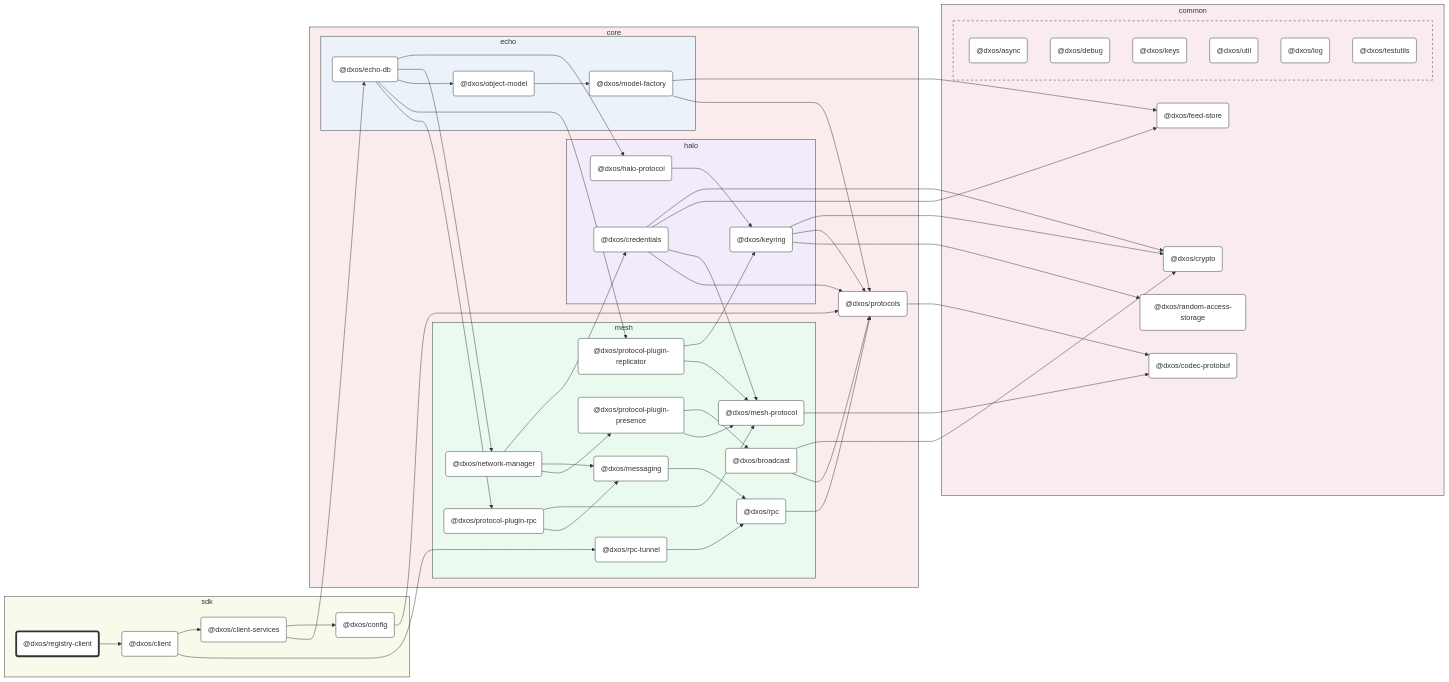
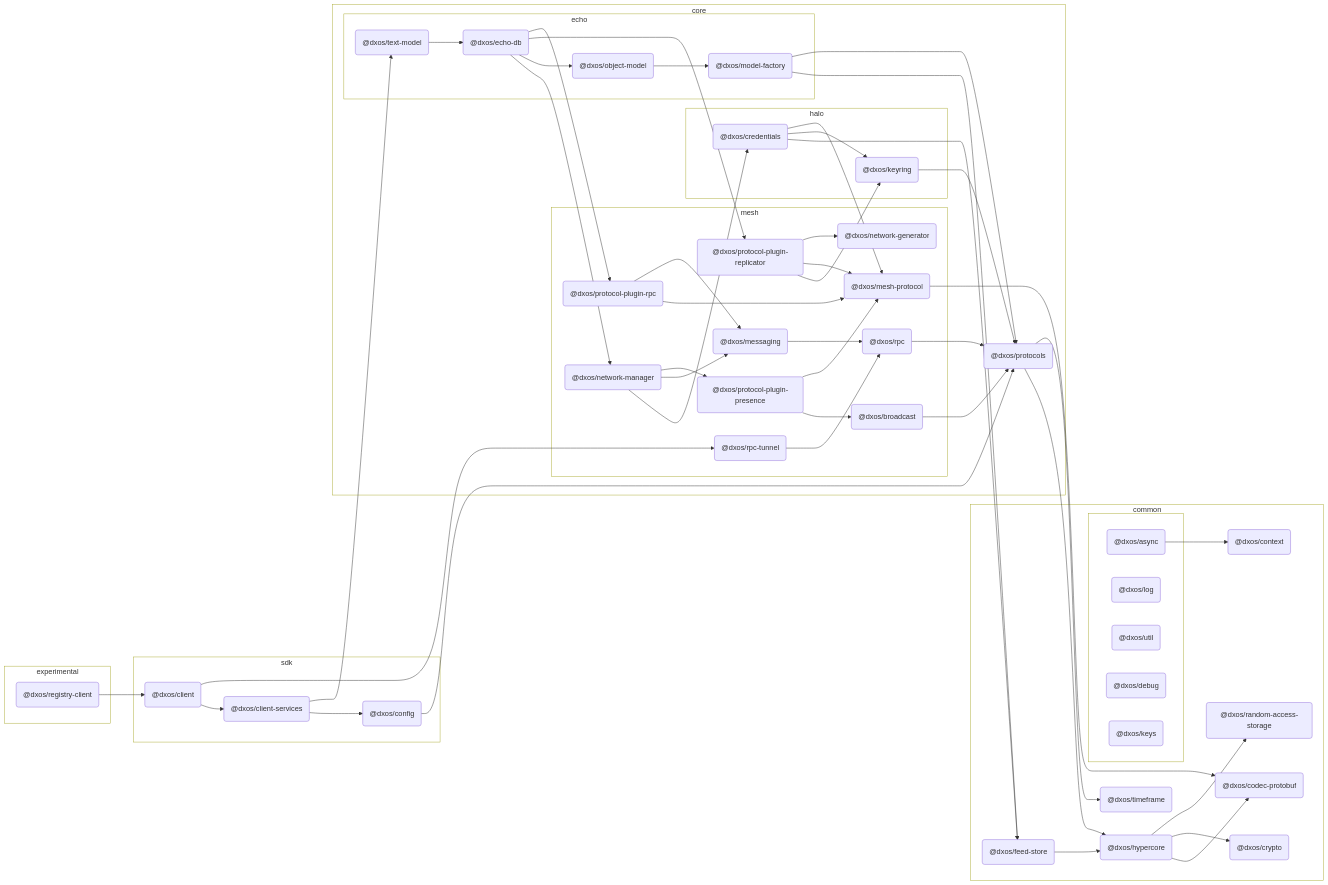
The diagram in packages/experimental/registry-client/docs/README.md (dxos/dxos), drawn with Mermaid before and after one commit. The commit also changed other lines of this file and 126 other files, not shown here.

````diff
--- a/packages/experimental/registry-client/docs/README.md
+++ b/packages/experimental/registry-client/docs/README.md
@@ -10,15 +10,19 @@
 flowchart LR
 
 %% Classes
-classDef def fill:#fff,stroke:#333,stroke-width:1px
-classDef root fill:#fff,stroke:#333,stroke-width:4px
+
+
 
 %% Nodes
 
+subgraph experimental [experimental]
+  style experimental fill:transparent
+  dxos/registry-client("@dxos/registry-client"):::root
+  click dxos/registry-client "dxos/dxos/tree/main/packages/experimental/registry-client/docs"
+end
+
 subgraph sdk [sdk]
-  style sdk fill:#f9faeb,stroke:#333
-  dxos/registry-client("@dxos/registry-client"):::root
-  click dxos/registry-client "dxos/dxos/tree/main/packages/sdk/registry-client/docs"
+  style sdk fill:transparent
   dxos/client("@dxos/client"):::def
   click dxos/client "dxos/dxos/tree/main/packages/sdk/client/docs"
   dxos/client-services("@dxos/client-services"):::def
@@ -28,50 +32,52 @@
 end
 
 subgraph common [common]
-  style common fill:#faebee,stroke:#333
+  style common fill:transparent
+  dxos/context("@dxos/context"):::def
+  click dxos/context "dxos/dxos/tree/main/packages/common/context/docs"
   dxos/codec-protobuf("@dxos/codec-protobuf"):::def
   click dxos/codec-protobuf "dxos/dxos/tree/main/packages/common/codec-protobuf/docs"
+  dxos/hypercore("@dxos/hypercore"):::def
+  click dxos/hypercore "dxos/dxos/tree/main/packages/common/hypercore/docs"
   dxos/crypto("@dxos/crypto"):::def
   click dxos/crypto "dxos/dxos/tree/main/packages/common/crypto/docs"
+  dxos/random-access-storage("@dxos/random-access-storage"):::def
+  click dxos/random-access-storage "dxos/dxos/tree/main/packages/common/random-access-storage/docs"
+  dxos/timeframe("@dxos/timeframe"):::def
+  click dxos/timeframe "dxos/dxos/tree/main/packages/common/timeframe/docs"
   dxos/feed-store("@dxos/feed-store"):::def
   click dxos/feed-store "dxos/dxos/tree/main/packages/common/feed-store/docs"
-  dxos/random-access-storage("@dxos/random-access-storage"):::def
-  click dxos/random-access-storage "dxos/dxos/tree/main/packages/common/random-access-storage/docs"
 
   subgraph _ [ ]
-    style _ fill:#faebee,stroke:#333,stroke-dasharray:5 5
+    style _ fill:transparent
     dxos/async("@dxos/async"):::def
     click dxos/async "dxos/dxos/tree/main/packages/common/async/docs"
+    dxos/log("@dxos/log"):::def
+    click dxos/log "dxos/dxos/tree/main/packages/common/log/docs"
+    dxos/util("@dxos/util"):::def
+    click dxos/util "dxos/dxos/tree/main/packages/common/util/docs"
     dxos/debug("@dxos/debug"):::def
     click dxos/debug "dxos/dxos/tree/main/packages/common/debug/docs"
     dxos/keys("@dxos/keys"):::def
     click dxos/keys "dxos/dxos/tree/main/packages/common/keys/docs"
-    dxos/util("@dxos/util"):::def
-    click dxos/util "dxos/dxos/tree/main/packages/common/util/docs"
-    dxos/log("@dxos/log"):::def
-    click dxos/log "dxos/dxos/tree/main/packages/common/log/docs"
-    dxos/testutils("@dxos/testutils"):::def
-    click dxos/testutils "dxos/dxos/tree/main/packages/common/testutils/docs"
   end
 end
 
 subgraph core [core]
-  style core fill:#faebec,stroke:#333
+  style core fill:transparent
   dxos/protocols("@dxos/protocols"):::def
   click dxos/protocols "dxos/dxos/tree/main/packages/core/protocols/docs"
 
   subgraph halo [halo]
-    style halo fill:#f1ebfa,stroke:#333
+    style halo fill:transparent
     dxos/credentials("@dxos/credentials"):::def
     click dxos/credentials "dxos/dxos/tree/main/packages/core/halo/credentials/docs"
-    dxos/halo-protocol("@dxos/halo-protocol"):::def
-    click dxos/halo-protocol "dxos/dxos/tree/main/packages/core/halo/halo-protocol/docs"
     dxos/keyring("@dxos/keyring"):::def
     click dxos/keyring "dxos/dxos/tree/main/packages/core/halo/keyring/docs"
   end
 
   subgraph mesh [mesh]
-    style mesh fill:#ebfaef,stroke:#333
+    style mesh fill:transparent
     dxos/mesh-protocol("@dxos/mesh-protocol"):::def
     click dxos/mesh-protocol "dxos/dxos/tree/main/packages/core/mesh/mesh-protocol/docs"
     dxos/messaging("@dxos/messaging"):::def
@@ -86,6 +92,8 @@
     click dxos/broadcast "dxos/dxos/tree/main/packages/core/mesh/broadcast/docs"
     dxos/protocol-plugin-replicator("@dxos/protocol-plugin-replicator"):::def
     click dxos/protocol-plugin-replicator "dxos/dxos/tree/main/packages/core/mesh/protocol-plugin-replicator/docs"
+    dxos/network-generator("@dxos/network-generator"):::def
+    click dxos/network-generator "dxos/dxos/tree/main/packages/core/mesh/network-generator/docs"
     dxos/protocol-plugin-rpc("@dxos/protocol-plugin-rpc"):::def
     click dxos/protocol-plugin-rpc "dxos/dxos/tree/main/packages/core/mesh/protocol-plugin-rpc/docs"
     dxos/rpc-tunnel("@dxos/rpc-tunnel"):::def
@@ -93,34 +101,35 @@
   end
 
   subgraph echo [echo]
-    style echo fill:#ebf2fa,stroke:#333
+    style echo fill:transparent
     dxos/echo-db("@dxos/echo-db"):::def
     click dxos/echo-db "dxos/dxos/tree/main/packages/core/echo/echo-db/docs"
     dxos/model-factory("@dxos/model-factory"):::def
     click dxos/model-factory "dxos/dxos/tree/main/packages/core/echo/model-factory/docs"
     dxos/object-model("@dxos/object-model"):::def
     click dxos/object-model "dxos/dxos/tree/main/packages/core/echo/object-model/docs"
+    dxos/text-model("@dxos/text-model"):::def
+    click dxos/text-model "dxos/dxos/tree/main/packages/core/echo/text-model/docs"
   end
 end
 
 %% Links
-linkStyle default stroke:#333,stroke-width:1px
 dxos/registry-client --> dxos/client
+dxos/async --> dxos/context
 dxos/client --> dxos/client-services
 dxos/client-services --> dxos/config
 dxos/config --> dxos/protocols
-dxos/protocols --> dxos/codec-protobuf
-dxos/credentials --> dxos/crypto
+dxos/protocols --> dxos/hypercore
+dxos/hypercore --> dxos/codec-protobuf
+dxos/hypercore --> dxos/crypto
+dxos/hypercore --> dxos/random-access-storage
+dxos/protocols --> dxos/timeframe
 dxos/credentials --> dxos/feed-store
+dxos/feed-store --> dxos/hypercore
+dxos/credentials --> dxos/keyring
+dxos/keyring --> dxos/protocols
 dxos/credentials --> dxos/mesh-protocol
 dxos/mesh-protocol --> dxos/codec-protobuf
-dxos/credentials --> dxos/protocols
-dxos/client-services --> dxos/echo-db
-dxos/echo-db --> dxos/halo-protocol
-dxos/halo-protocol --> dxos/keyring
-dxos/keyring --> dxos/crypto
-dxos/keyring --> dxos/protocols
-dxos/keyring --> dxos/random-access-storage
 dxos/messaging --> dxos/rpc
 dxos/rpc --> dxos/protocols
 dxos/model-factory --> dxos/feed-store
@@ -130,7 +139,6 @@
 dxos/network-manager --> dxos/messaging
 dxos/network-manager --> dxos/protocol-plugin-presence
 dxos/protocol-plugin-presence --> dxos/broadcast
-dxos/broadcast --> dxos/crypto
 dxos/broadcast --> dxos/protocols
 dxos/protocol-plugin-presence --> dxos/mesh-protocol
 dxos/echo-db --> dxos/object-model
@@ -138,9 +146,12 @@
 dxos/echo-db --> dxos/protocol-plugin-replicator
 dxos/protocol-plugin-replicator --> dxos/keyring
 dxos/protocol-plugin-replicator --> dxos/mesh-protocol
+dxos/protocol-plugin-replicator --> dxos/network-generator
 dxos/echo-db --> dxos/protocol-plugin-rpc
 dxos/protocol-plugin-rpc --> dxos/mesh-protocol
 dxos/protocol-plugin-rpc --> dxos/messaging
+dxos/client-services --> dxos/text-model
+dxos/text-model --> dxos/echo-db
 dxos/client --> dxos/rpc-tunnel
 dxos/rpc-tunnel --> dxos/rpc
 ```
````
